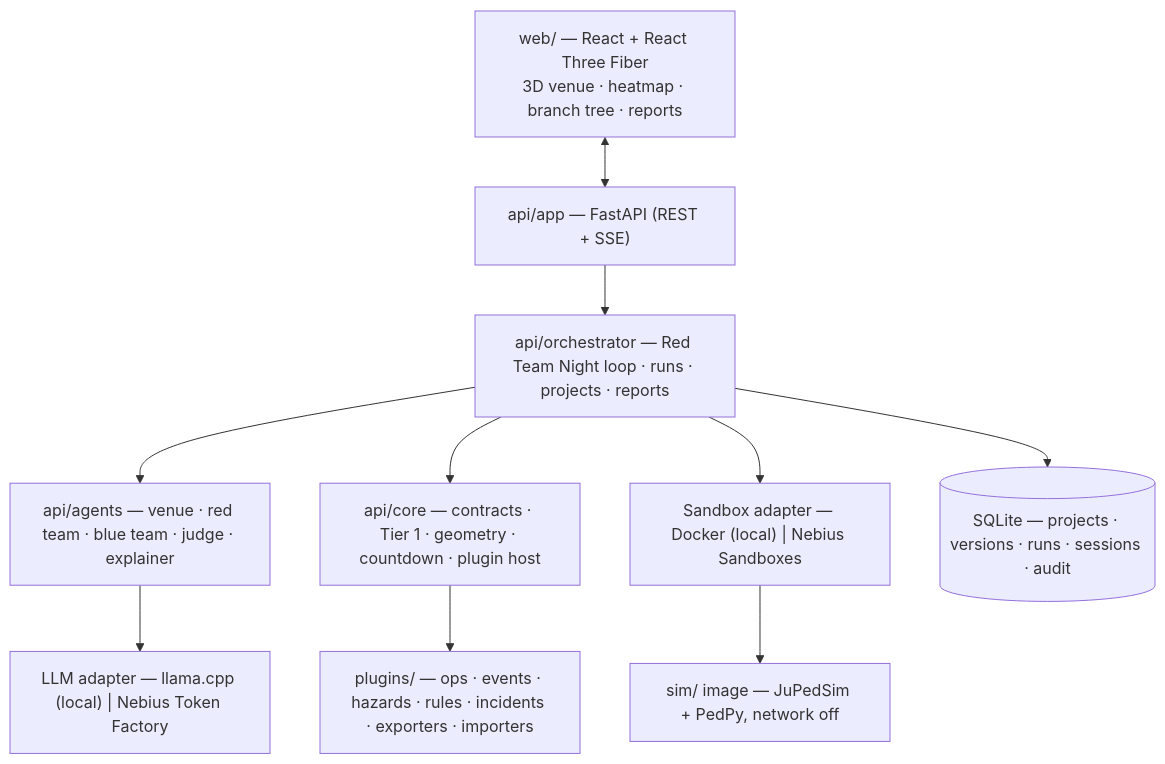
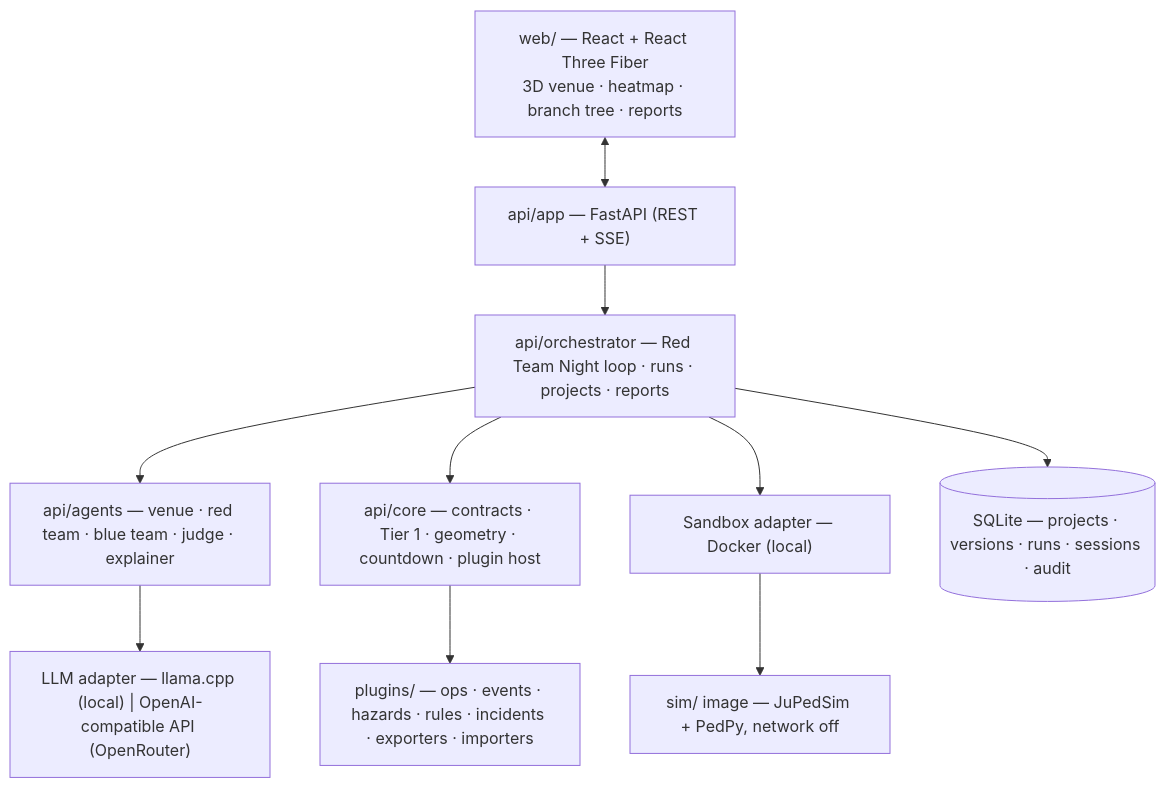
Before and after one commit to Morningstaaar36/Showtime: the diagram in nebius/docs/ARCHITECTURE.md, drawn with Mermaid. The commit also changed other lines of this file and 201 other files, not shown here.

````diff
--- a/nebius/docs/ARCHITECTURE.md
+++ b/nebius/docs/ARCHITECTURE.md
@@ -3,18 +3,18 @@
 ```mermaid
 flowchart TD
     UI["web/ — React + React Three Fiber<br/>3D venue · heatmap · branch tree · reports"]
     API["api/app — FastAPI (REST + SSE)"]
     ORCH["api/orchestrator — Red Team Night loop · runs · projects · reports"]
     AG["api/agents — venue · red team · blue team · judge · explainer"]
     CORE["api/core — contracts · Tier 1 · geometry · countdown · plugin host"]
     PL["plugins/ — ops · events · hazards · rules · incidents · exporters · importers"]
-    LLM["LLM adapter — llama.cpp (local) | Nebius Token Factory"]
-    SBX["Sandbox adapter — Docker (local) | Nebius Sandboxes"]
+    LLM["LLM adapter — llama.cpp (local) | OpenAI-compatible API (OpenRouter)"]
+    SBX["Sandbox adapter — Docker (local)"]
     SIM["sim/ image — JuPedSim + PedPy, network off"]
     DB[("SQLite — projects · versions · runs · sessions · audit")]
     UI <--> API --> ORCH --> AG --> LLM
     ORCH --> CORE
     CORE --> PL
     ORCH --> SBX --> SIM
     ORCH --> DB
 ```
````
